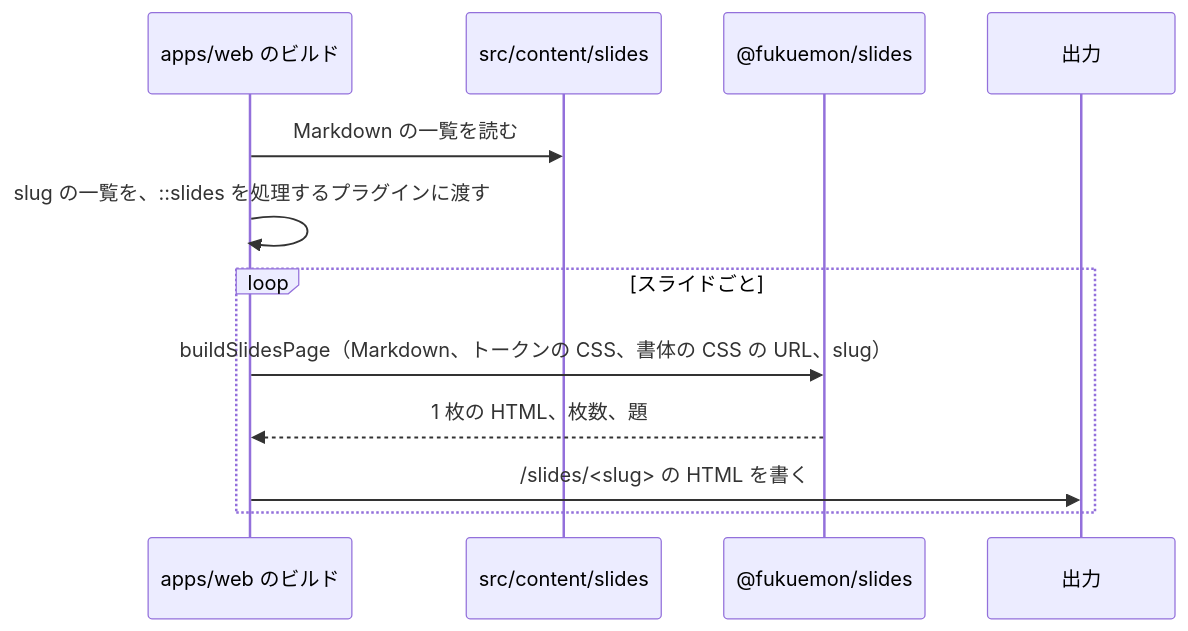
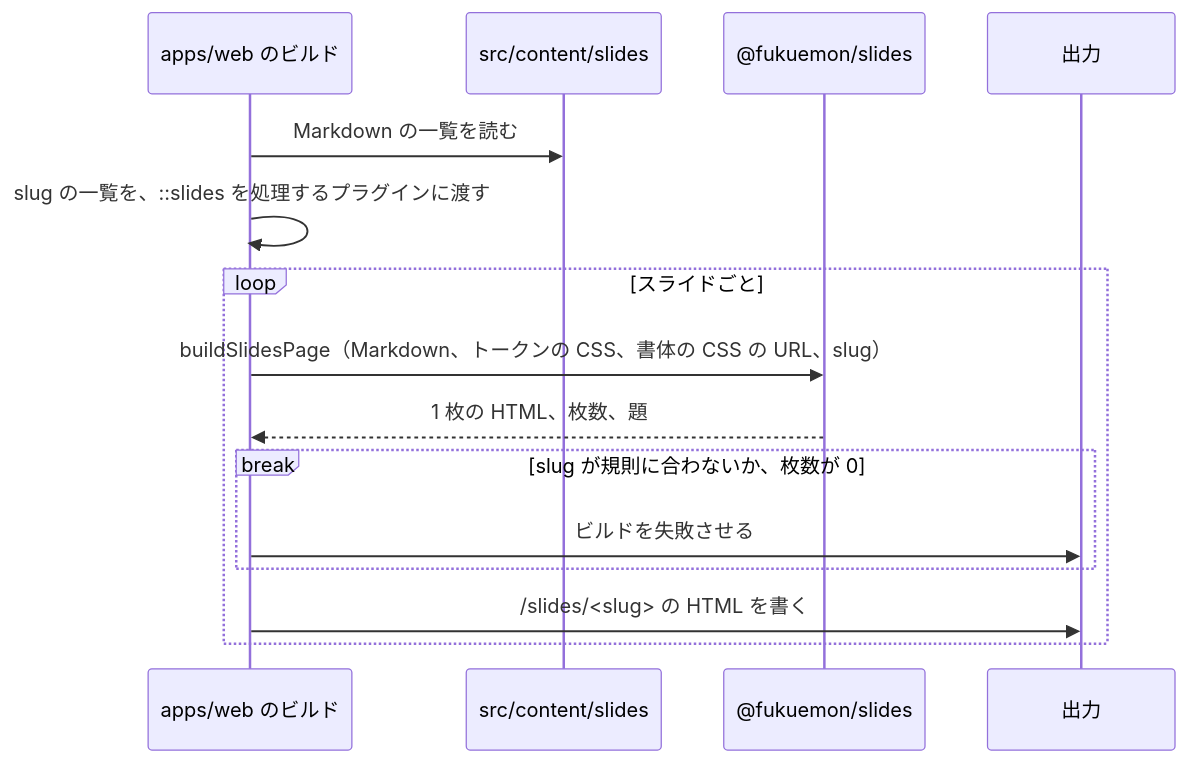
One commit to Fukuemon/fukuemon.dev changed the fourth of 4 diagrams in docs/design/features/slides/DesignDoc.md. Above: the diagram before and after it, drawn with Mermaid. The commit also changed other lines of this file and 2 other files, not shown here.

````diff
--- a/docs/design/features/slides/DesignDoc.md
+++ b/docs/design/features/slides/DesignDoc.md
@@ -325,15 +338,18 @@
 ```mermaid
 sequenceDiagram
   participant B as apps/web のビルド
   participant F as src/content/slides
   participant S as @fukuemon/slides
   participant O as 出力
 
   B->>F: Markdown の一覧を読む
   B->>B: slug の一覧を、::slides を処理するプラグインに渡す
   loop スライドごと
     B->>S: buildSlidesPage（Markdown、トークンの CSS、書体の CSS の URL、slug）
     S-->>B: 1 枚の HTML、枚数、題
+    break slug が規則に合わないか、枚数が 0
+      B->>O: ビルドを失敗させる
+    end
     B->>O: /slides/<slug> の HTML を書く
   end
 ```
````
